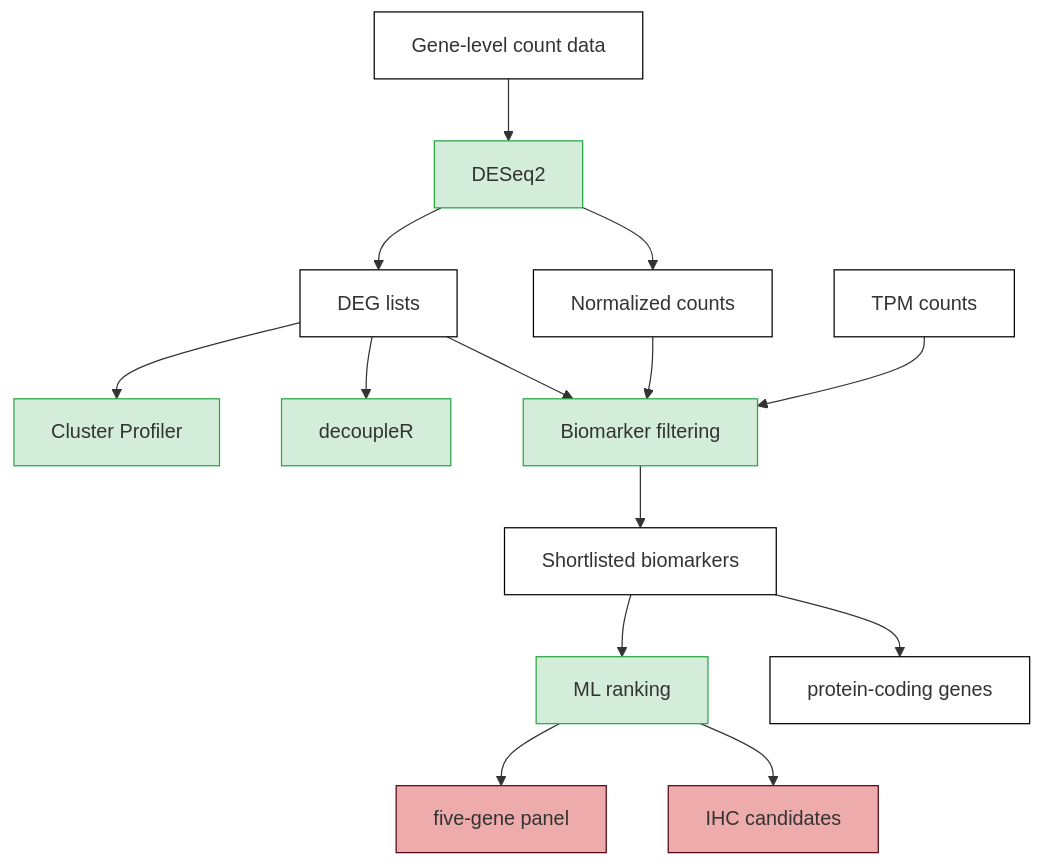
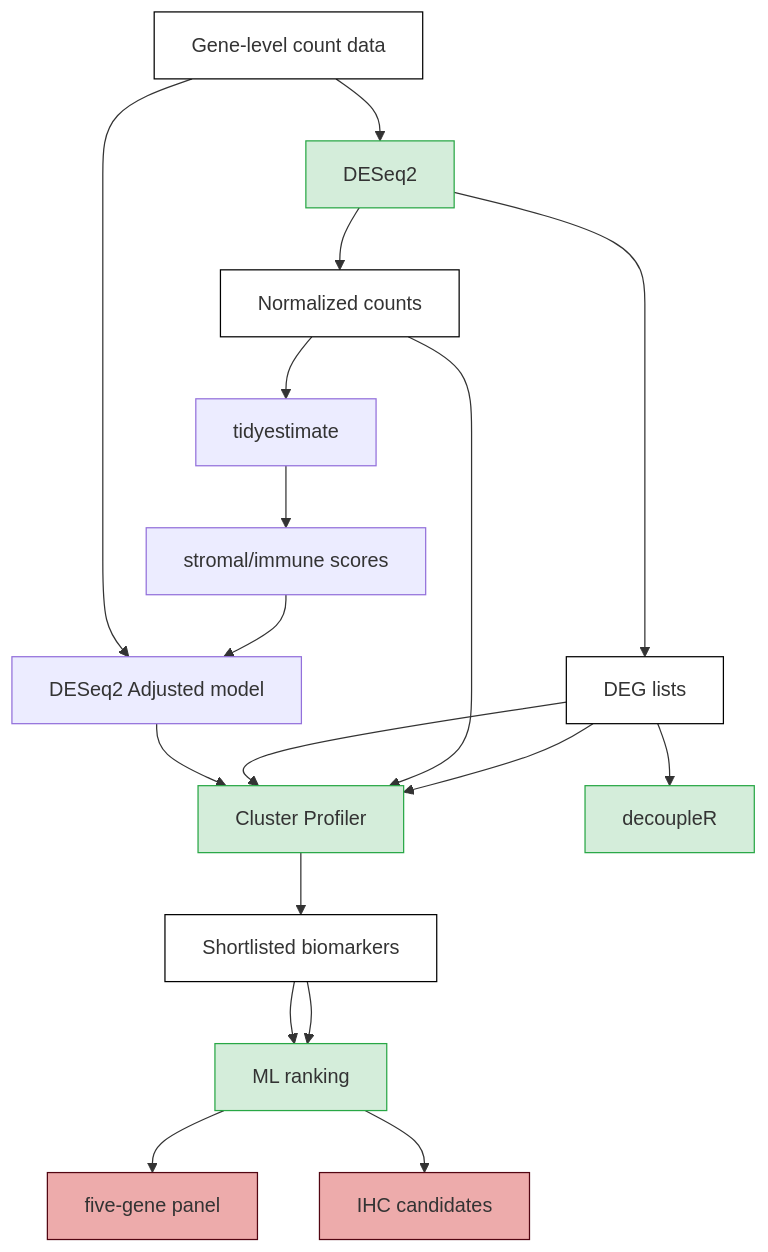
The diagram in R/README.md (tudumanne/BulkRNAseq_Barretts), drawn with Mermaid before and after one commit. The commit also changed other lines of this file, not shown here.

````diff
--- a/R/README.md
+++ b/R/README.md
@@ -37,21 +43,25 @@
 ``` mermaid
 graph TD; 
     classDef method fill:#d4edda,stroke:#28a745;
     classDef input fill:#ffffff,stroke:#000000;
     classDef output1 fill:#ffffff,stroke:#000000;
     classDef output2 fill:#edabab,stroke:#520612;
     
     A[Gene-level count data]:::input-->B[DESeq2]:::method;
     B-->C[DEG lists]:::output1;
     B-->D[Normalized counts]:::output1;
-    C-->E[Cluster Profiler]:::method;
-    C-->F[decoupleR]:::method;
-    G[TPM counts]:::input-->H[Biomarker filtering]:::method;
+    D-->E[tidyestimate];
+    E-->F[stromal/immune scores];
+    A-->G[DESeq2 Adjusted model];
+    F-->G;
+    G-->H[Normalized counts]:::output1;
+    C-->H[Cluster Profiler]:::method;
+    C-->I[decoupleR]:::method;
+    J[TPM counts]:::input-->K[Biomarker filtering]:::method;
     D-->H;
     C-->H;
     H-->J[Shortlisted biomarkers]:::output1;
     J-->K[ML ranking]:::method;
-    J-->L[protein-coding genes]:::output1;
     K-->M[five-gene panel]:::output2;
     K-->N[IHC candidates]:::output2;
 ```
````
